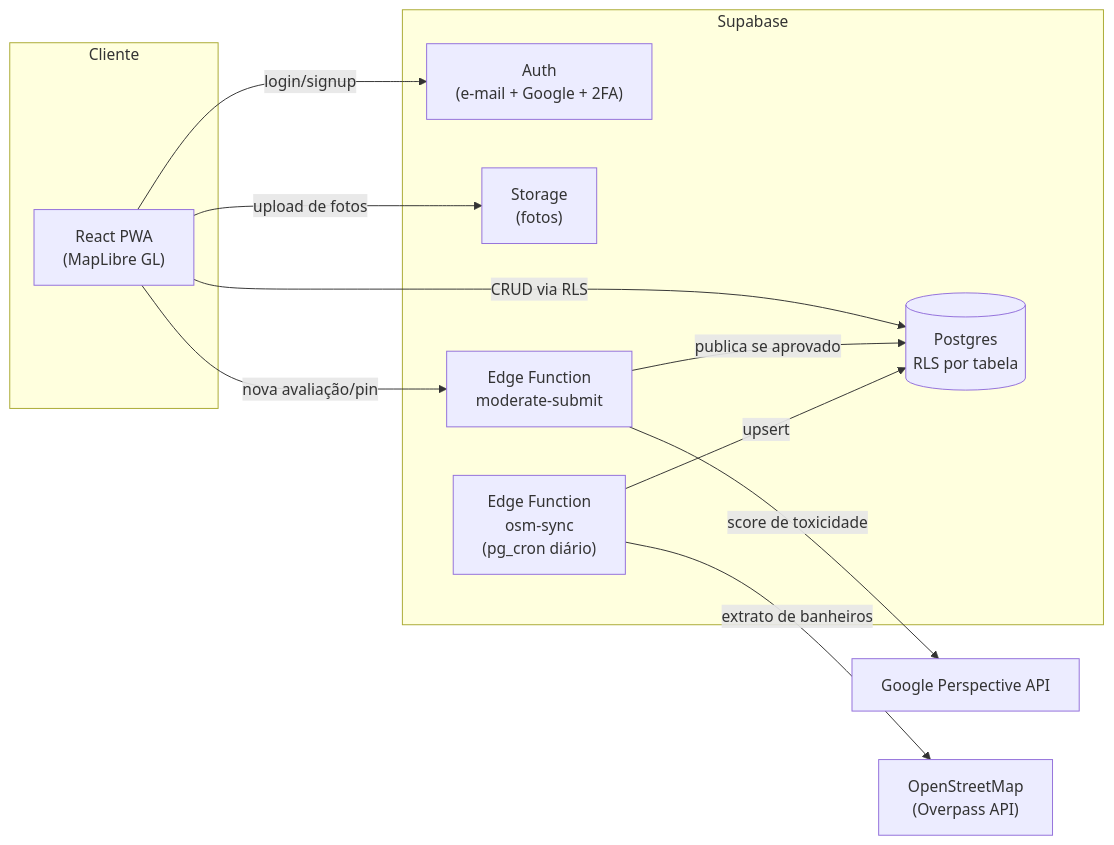
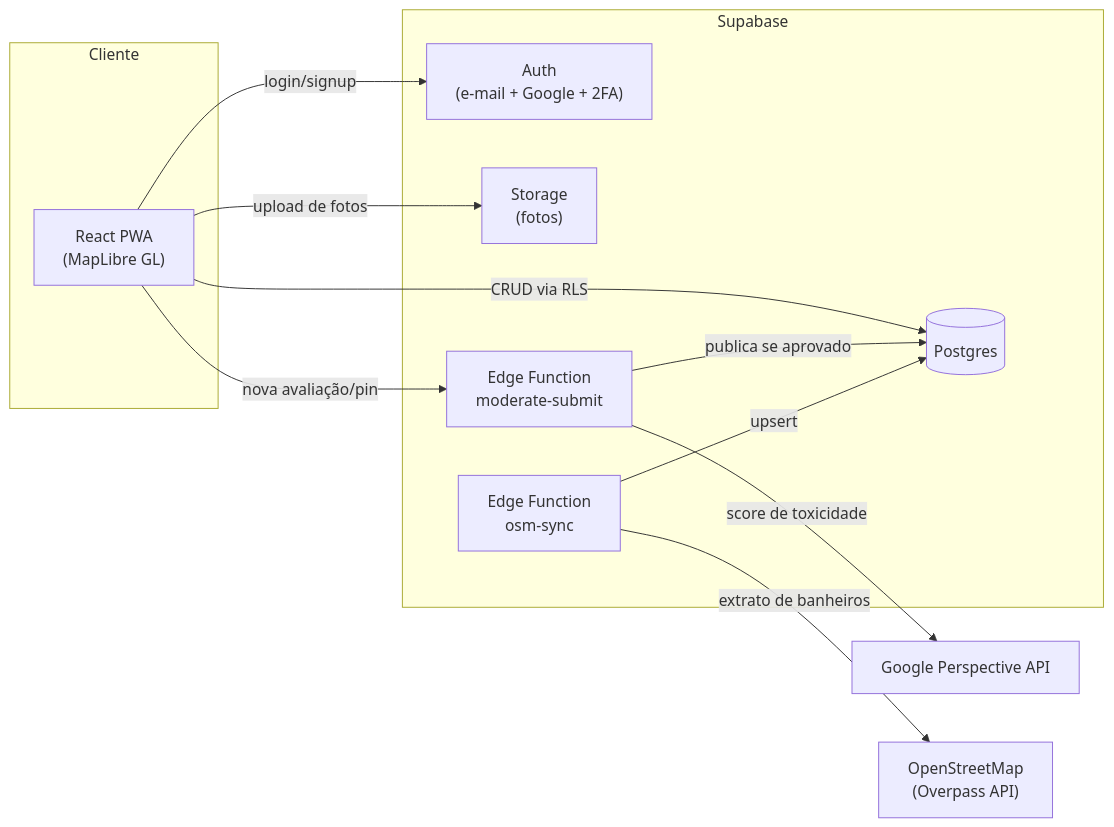
Before and after one commit to crespo/banheiros: the diagram in README.md, drawn with Mermaid. The commit also changed other lines of this file, not shown here.

````diff
--- a/README.md
+++ b/README.md
@@ -62,26 +61,26 @@
 ```mermaid
 flowchart LR
     subgraph Cliente
         PWA["React PWA\n(MapLibre GL)"]
     end
 
     subgraph Supabase
         Auth["Auth\n(e-mail + Google + 2FA)"]
-        DB[("Postgres\nRLS por tabela")]
+        DB[("Postgres")]
         Storage["Storage\n(fotos)"]
         ModFn["Edge Function\nmoderate-submit"]
-        SyncFn["Edge Function\nosm-sync\n(pg_cron diário)"]
+        SyncFn["Edge Function\nosm-sync"]
     end
 
     Perspective["Google Perspective API"]
     Overpass["OpenStreetMap\n(Overpass API)"]
 
     PWA -->|login/signup| Auth
     PWA -->|CRUD via RLS| DB
     PWA -->|upload de fotos| Storage
     PWA -->|nova avaliação/pin| ModFn
     ModFn -->|score de toxicidade| Perspective
     ModFn -->|publica se aprovado| DB
     SyncFn -->|extrato de banheiros| Overpass
     SyncFn -->|upsert| DB
 ```
````
